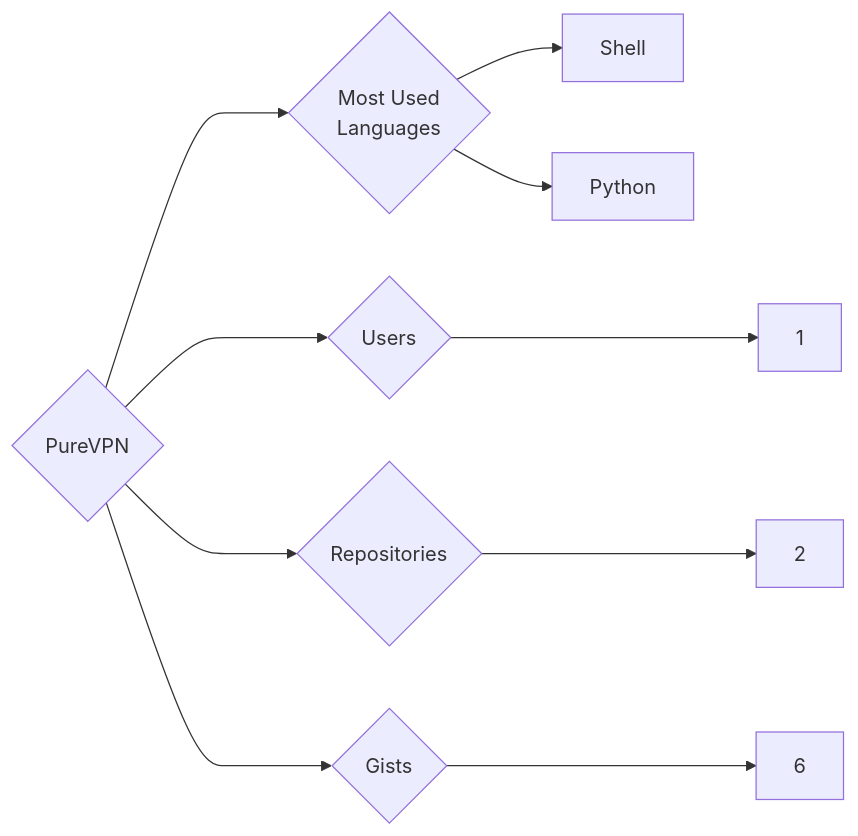
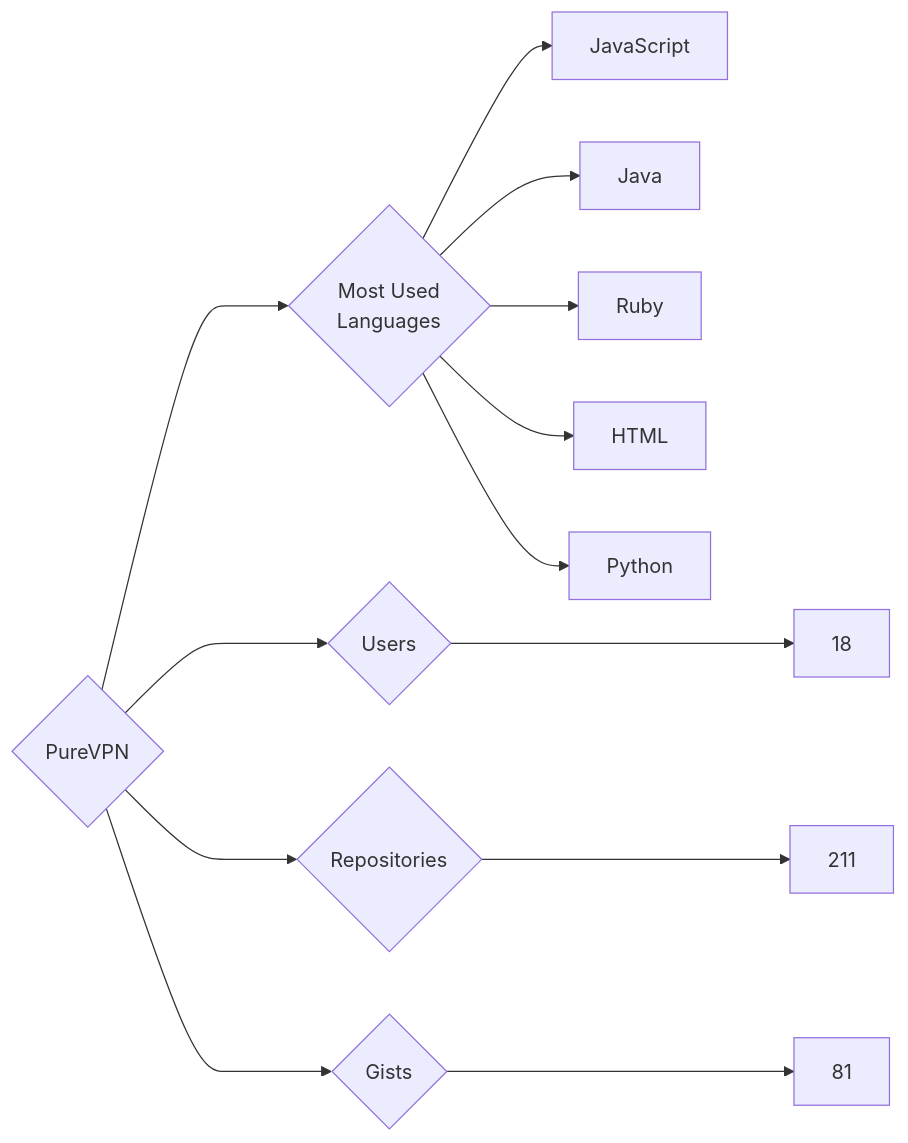
One commit to trickest/insiders changed the diagram in targets/PureVPN/README.md. Above: the diagram before and after it, drawn with Mermaid. The commit also changed 1696 other files, not shown here.

````diff
--- a/targets/PureVPN/README.md
+++ b/targets/PureVPN/README.md
@@ -3,10 +3,13 @@
 ```mermaid
 graph LR
 COMPANY_NAME{PureVPN}
-COMPANY_NAME ---> U{Users} ---> UN[1]
-COMPANY_NAME ---> R{Repositories} ---> RN[2]
-COMPANY_NAME ---> G{Gists} ---> GN[6]
+COMPANY_NAME ---> U{Users} ---> UN[18]
+COMPANY_NAME ---> R{Repositories} ---> RN[211]
+COMPANY_NAME ---> G{Gists} ---> GN[81]
 COMPANY_NAME ---> ML{Most Used<br>Languages}
-ML --> Shell[Shell]
+ML --> JavaScript[JavaScript]
+ML --> Java[Java]
+ML --> Ruby[Ruby]
+ML --> HTML[HTML]
 ML --> Python[Python]
 ```
````
